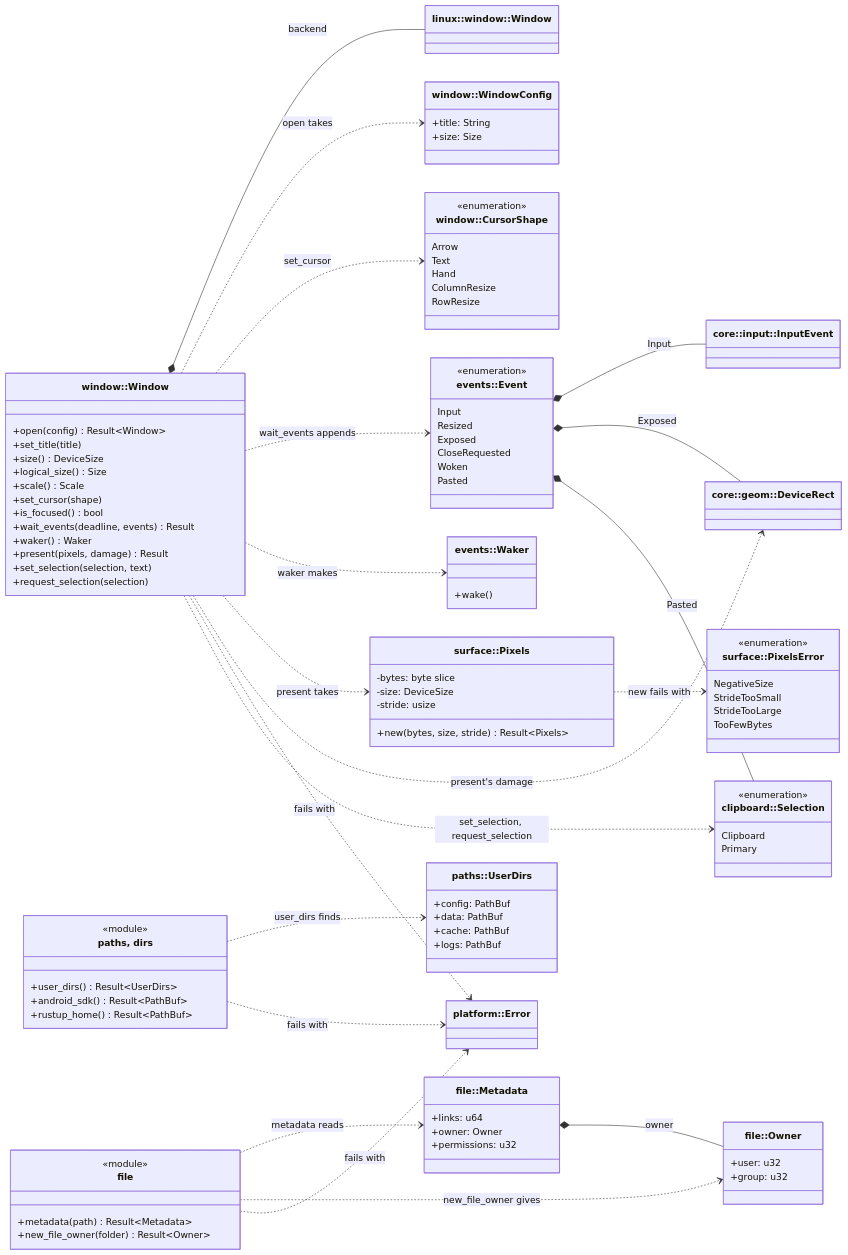
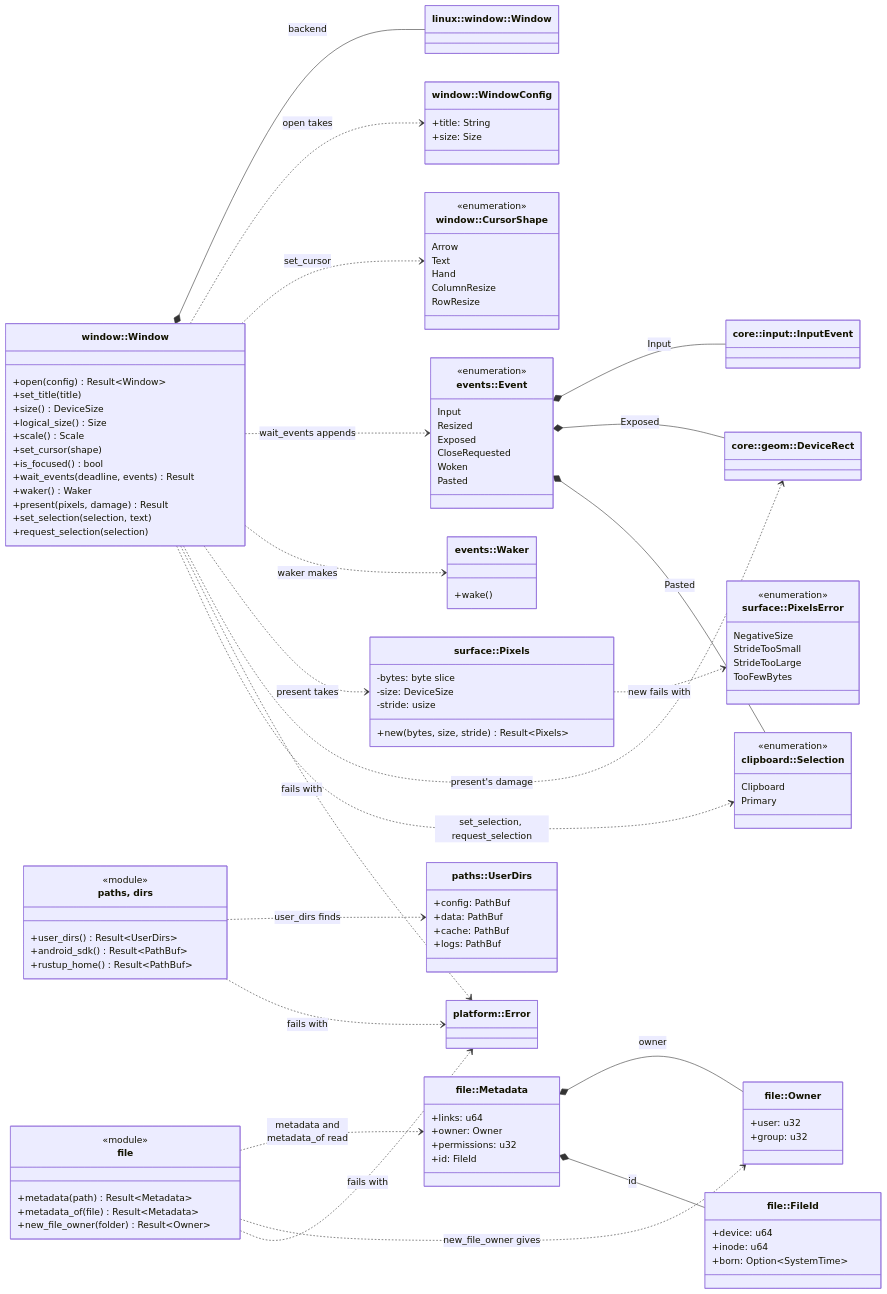
Diagram 35 of 59 in diagrams/class-diagrams.md (jabbott-iii/Tidepool), drawn with Mermaid before and after one commit. The commit also changed other lines of this file and 30 other files, not shown here.

````diff
--- a/diagrams/class-diagrams.md
+++ b/diagrams/class-diagrams.md
@@ -2858,16 +2871,23 @@
     class FileMod["file"] {
         <<module>>
         +metadata(path) Result~Metadata~
+        +metadata_of(file) Result~Metadata~
         +new_file_owner(folder) Result~Owner~
     }
     class Metadata["file::Metadata"] {
         +links: u64
         +owner: Owner
         +permissions: u32
+        +id: FileId
     }
     class Owner["file::Owner"] {
         +user: u32
         +group: u32
+    }
+    class FileId["file::FileId"] {
+        +device: u64
+        +inode: u64
+        +born: Option~SystemTime~
     }
     class Waker["events::Waker"] {
         +wake()
@@ -2903,9 +2923,10 @@
     Event *-- Selection : Pasted
     Folders ..> UserDirs : user_dirs finds
     Folders ..> PlatformError : fails with
-    FileMod ..> Metadata : metadata reads
+    FileMod ..> Metadata : metadata and<br/>metadata_of read
     FileMod ..> Owner : new_file_owner gives
     FileMod ..> PlatformError : fails with
     Metadata *-- Owner : owner
+    Metadata *-- FileId : id
     Pixels ..> PixelsError : new fails with
 ```
````
